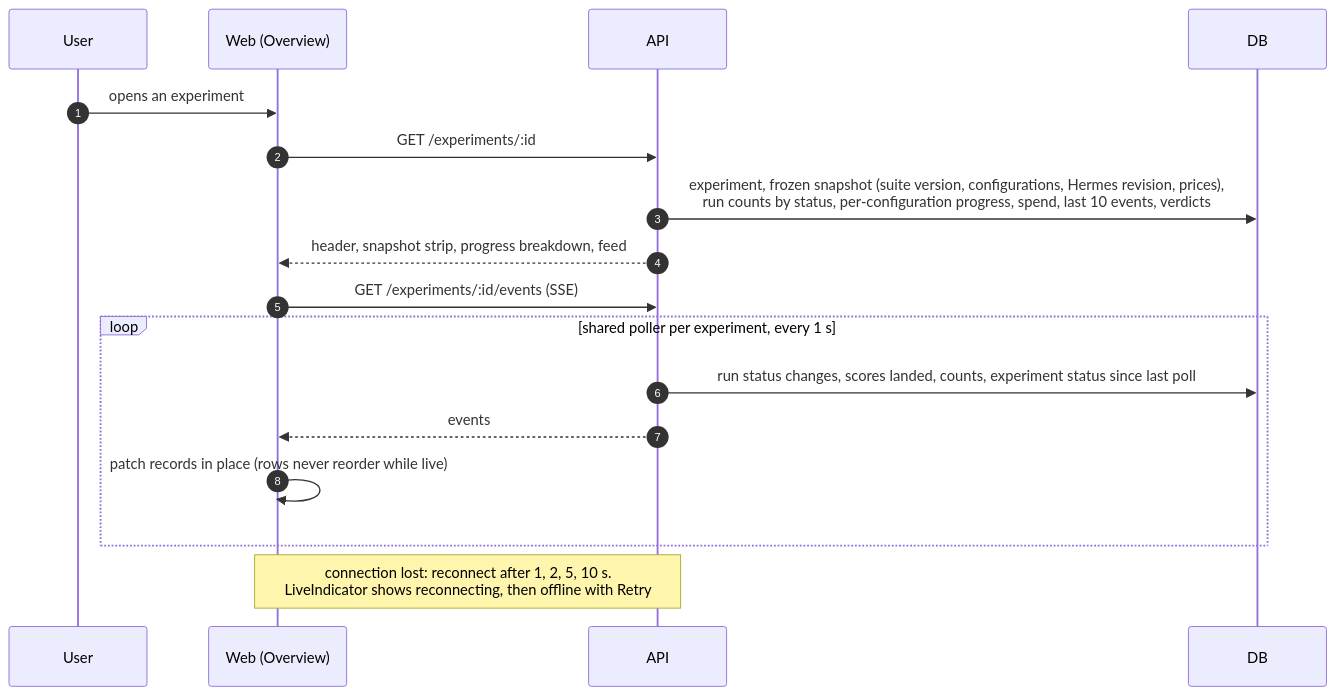
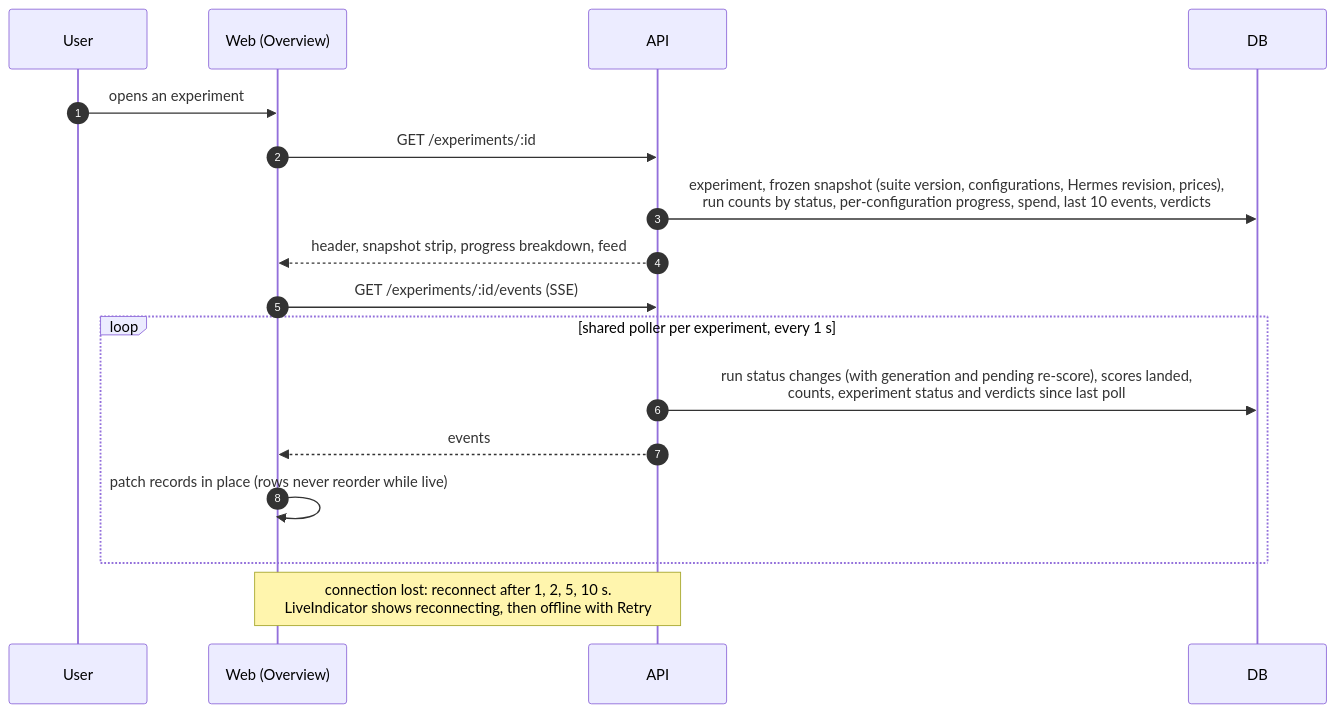
One commit to sasuke007/hermes-evals changed diagram 32 of 38 in UI_FLOWS.md. Above: the diagram before and after it, drawn with Mermaid. The commit also changed other lines of this file and 164 other files, not shown here.

````diff
--- a/UI_FLOWS.md
+++ b/UI_FLOWS.md
@@ -1173,20 +1185,20 @@
 ```mermaid
 sequenceDiagram
   autonumber
   participant U as User
   participant W as Web (Overview)
   participant A as API
   participant DB as DB
 
   U->>W: opens an experiment
   W->>A: GET /experiments/:id
   A->>DB: experiment, frozen snapshot (suite version, configurations, Hermes revision, prices),<br/>run counts by status, per-configuration progress, spend, last 10 events, verdicts
   A-->>W: header, snapshot strip, progress breakdown, feed
   W->>A: GET /experiments/:id/events (SSE)
   loop shared poller per experiment, every 1 s
-    A->>DB: run status changes, scores landed, counts, experiment status since last poll
+    A->>DB: run status changes (with generation and pending re-score), scores landed,<br/>counts, experiment status and verdicts since last poll
     A-->>W: events
     W->>W: patch records in place (rows never reorder while live)
   end
   Note over W,A: connection lost: reconnect after 1, 2, 5, 10 s.<br/>LiveIndicator shows reconnecting, then offline with Retry
 ```
````
